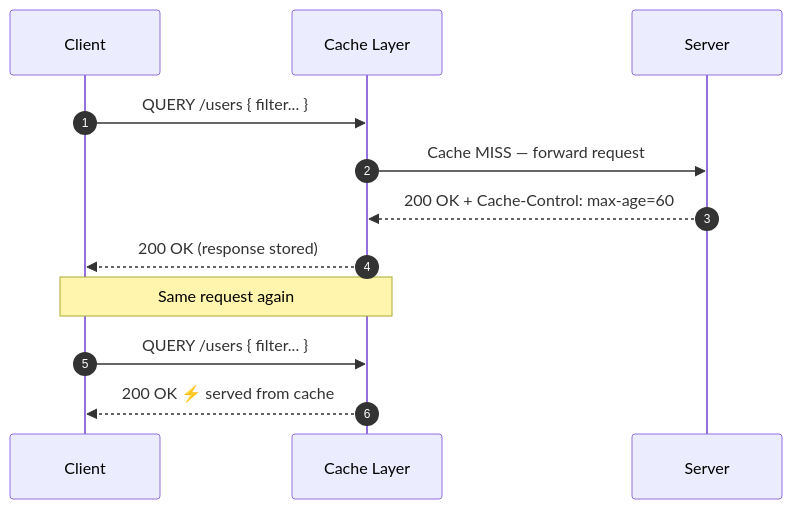
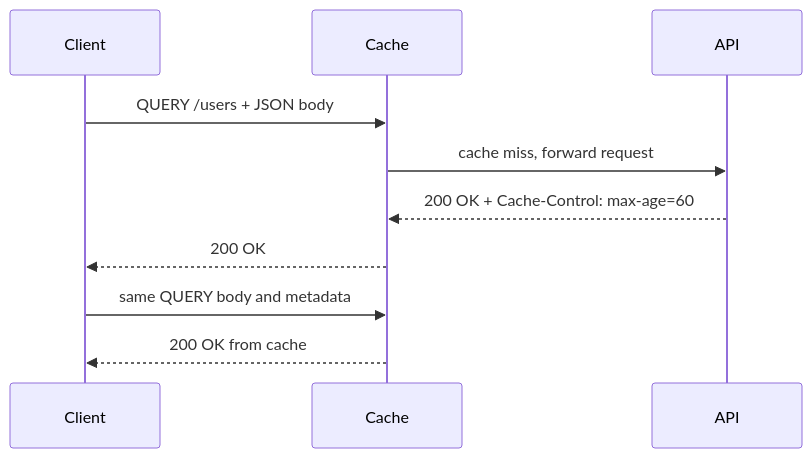
Before and after one commit to Abhiramrathod/blogs: the second of 3 diagrams in src/http-query-method.md, drawn with Mermaid. The commit also changed other lines of this file and 1 other file, not shown here.

Commit message:
Revise HTTP QUERY method article with updated title, description, and comprehensive content on RFC 10008, including practical examples and comparisons with GET and POST methods.

````diff
--- a/src/http-query-method.md
+++ b/src/http-query-method.md
@@ -265,17 +178,14 @@
 ```mermaid
 sequenceDiagram
-    autonumber
     participant Client
-    participant Cache as Cache Layer
-    participant Server
+    participant Cache
+    participant API
 
-    Client->>Cache: QUERY /users { filter... }
-    Cache->>Server: Cache MISS — forward request
-    Server-->>Cache: 200 OK + Cache-Control: max-age=60
-    Cache-->>Client: 200 OK (response stored)
+    Client->>Cache: QUERY /users + JSON body
+    Cache->>API: cache miss, forward request
+    API-->>Cache: 200 OK + Cache-Control: max-age=60
+    Cache-->>Client: 200 OK
 
-    Note over Client,Cache: Same request again
-
-    Client->>Cache: QUERY /users { filter... }
-    Cache-->>Client: 200 OK ⚡ served from cache
+    Client->>Cache: same QUERY body and metadata
+    Cache-->>Client: 200 OK from cache
 ```
````
